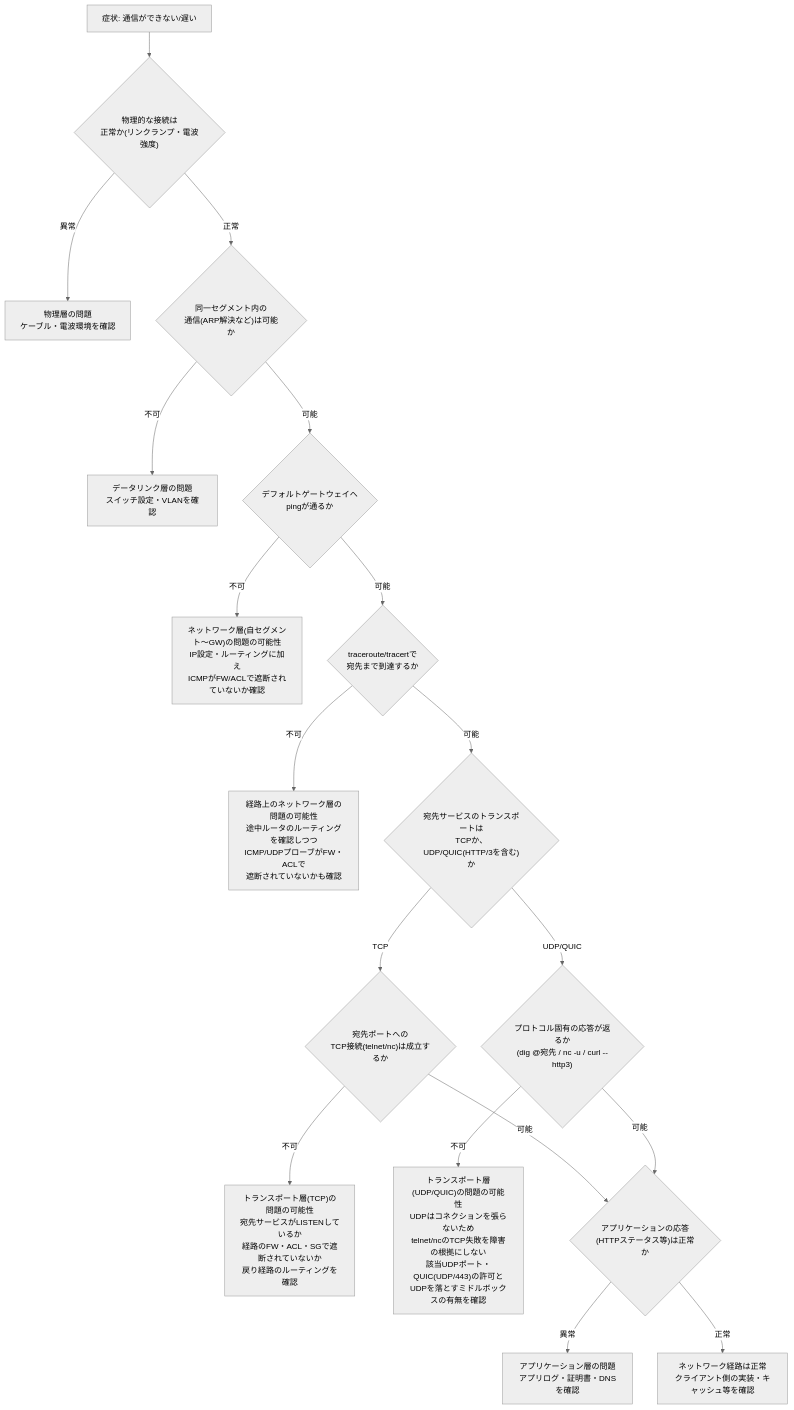
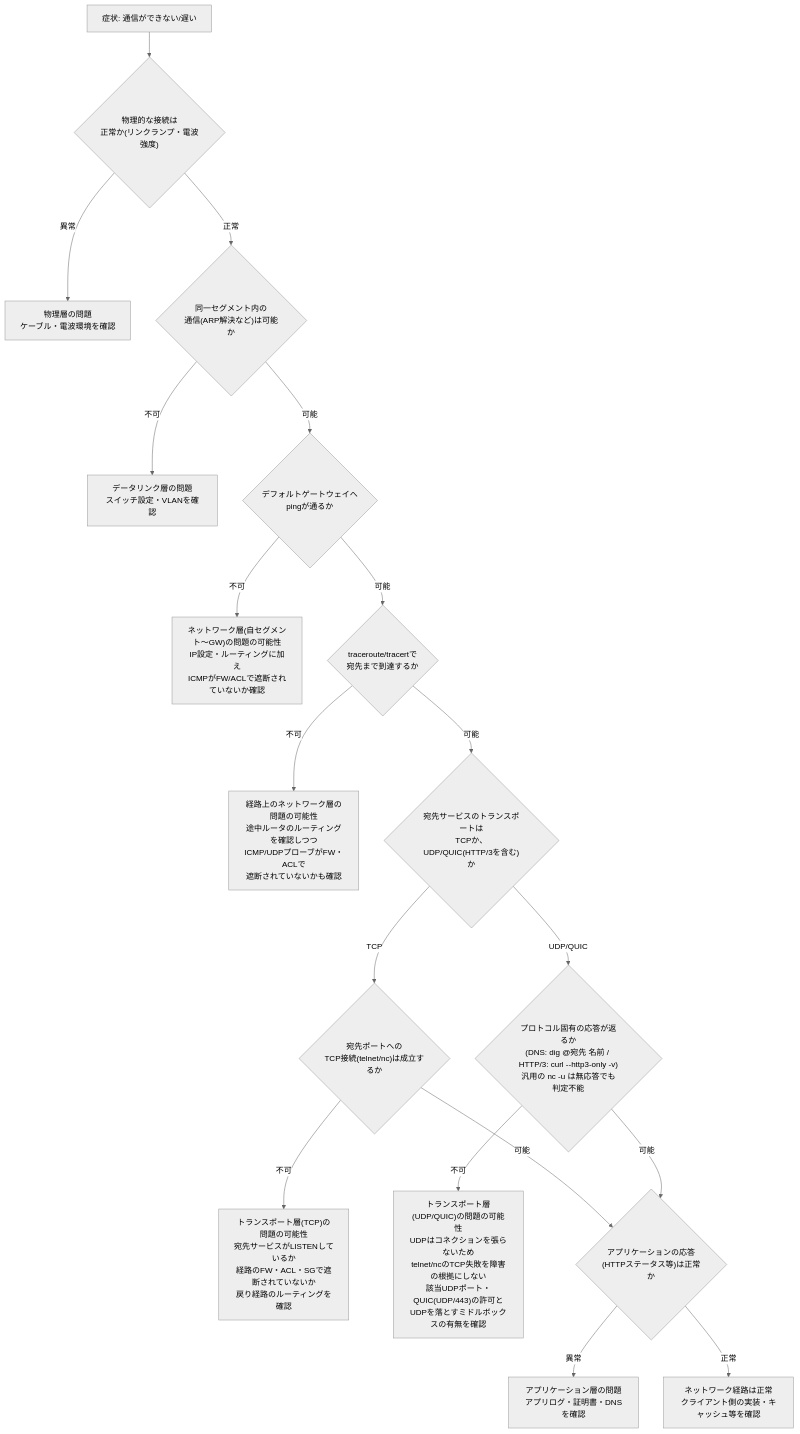
Before and after one commit to myoshi2891/Cloud-Infrastructure-Studies: diagram 21 of 21 in Computer-networks-tanenbaum.md, drawn with Mermaid (neutral theme). The commit also changed other lines of this file, not shown here.

Commit message:
docs(books): clarify http3-only flag and UDP probe caveats in Computer Networks guide

````diff
--- a/Computer-networks-tanenbaum.md
+++ b/Computer-networks-tanenbaum.md
@@ -800,20 +800,20 @@
 ```mermaid
 flowchart TD
     Q1["症状: 通信ができない/遅い"] --> Q2{"物理的な接続は<br/>正常か(リンクランプ・電波強度)"}
     Q2 -->|異常| F1["物理層の問題<br/>ケーブル・電波環境を確認"]
     Q2 -->|正常| Q3{"同一セグメント内の<br/>通信(ARP解決など)は可能か"}
     Q3 -->|不可| F2["データリンク層の問題<br/>スイッチ設定・VLANを確認"]
     Q3 -->|可能| Q4{"デフォルトゲートウェイへ<br/>pingが通るか"}
     Q4 -->|不可| F3["ネットワーク層(自セグメント〜GW)の問題の可能性<br/>IP設定・ルーティングに加え<br/>ICMPがFW/ACLで遮断されていないか確認"]
     Q4 -->|可能| Q5{"traceroute/tracertで<br/>宛先まで到達するか"}
     Q5 -->|不可| F4["経路上のネットワーク層の問題の可能性<br/>途中ルータのルーティングを確認しつつ<br/>ICMP/UDPプローブがFW・ACLで<br/>遮断されていないかも確認"]
     Q5 -->|可能| Q6{"宛先サービスのトランスポートは<br/>TCPか、UDP/QUIC(HTTP/3を含む)か"}
     Q6 -->|TCP| Q6T{"宛先ポートへの<br/>TCP接続(telnet/nc)は成立するか"}
-    Q6 -->|UDP/QUIC| Q6U{"プロトコル固有の応答が返るか<br/>(dig @宛先 / nc -u / curl --http3)"}
+    Q6 -->|UDP/QUIC| Q6U{"プロトコル固有の応答が返るか<br/>(DNS: dig @宛先 名前 / HTTP/3: curl --http3-only -v)<br/>汎用の nc -u は無応答でも判定不能"}
     Q6T -->|不可| F5["トランスポート層(TCP)の問題の可能性<br/>宛先サービスがLISTENしているか<br/>経路のFW・ACL・SGで遮断されていないか<br/>戻り経路のルーティングを確認"]
     Q6U -->|不可| F5U["トランスポート層(UDP/QUIC)の問題の可能性<br/>UDPはコネクションを張らないため<br/>telnet/ncのTCP失敗を障害の根拠にしない<br/>該当UDPポート・QUIC(UDP/443)の許可と<br/>UDPを落とすミドルボックスの有無を確認"]
     Q6T -->|可能| Q7{"アプリケーションの応答<br/>(HTTPステータス等)は正常か"}
     Q6U -->|可能| Q7
     Q7 -->|異常| F6["アプリケーション層の問題<br/>アプリログ・証明書・DNSを確認"]
     Q7 -->|正常| F7["ネットワーク経路は正常<br/>クライアント側の実装・キャッシュ等を確認"]
 ```
````
